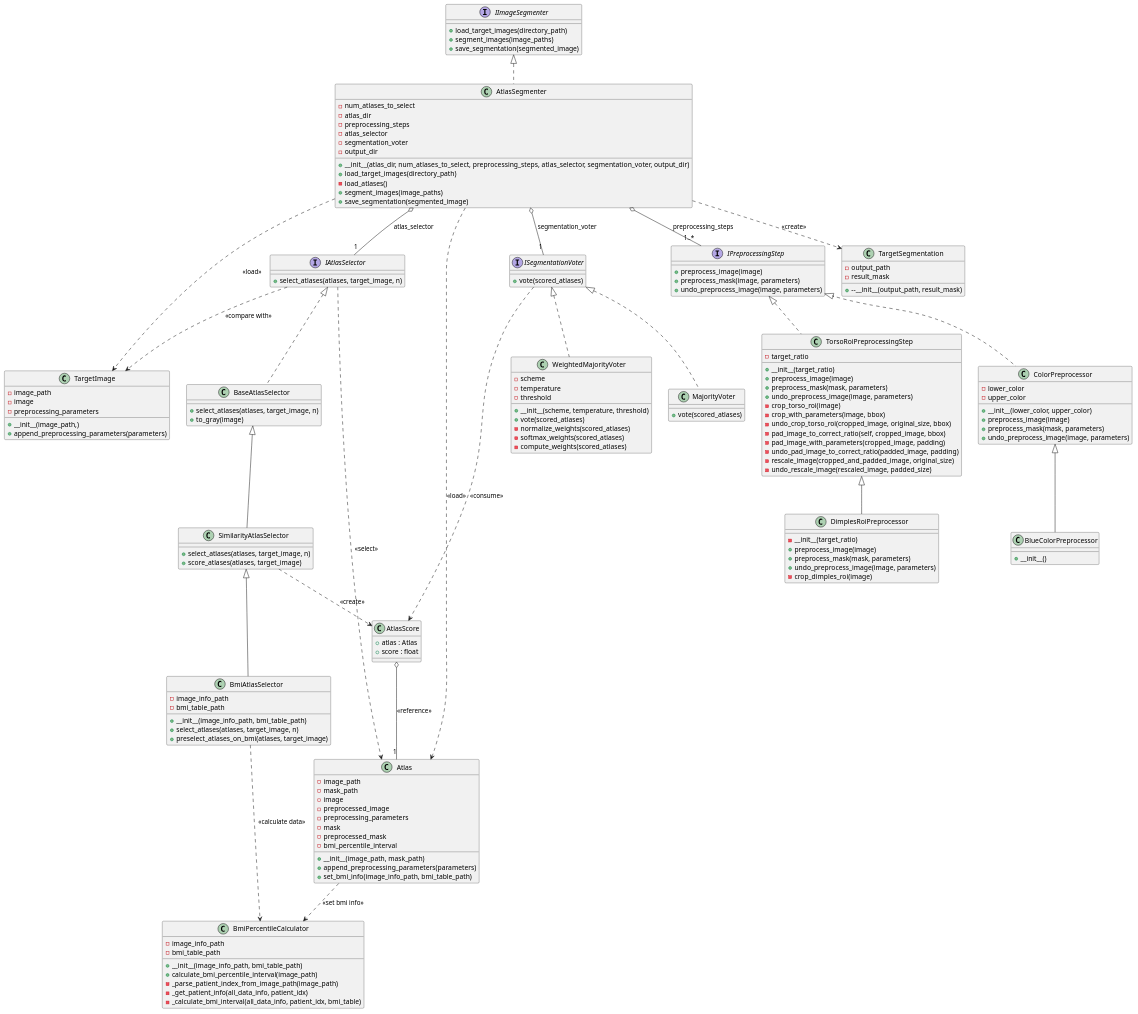
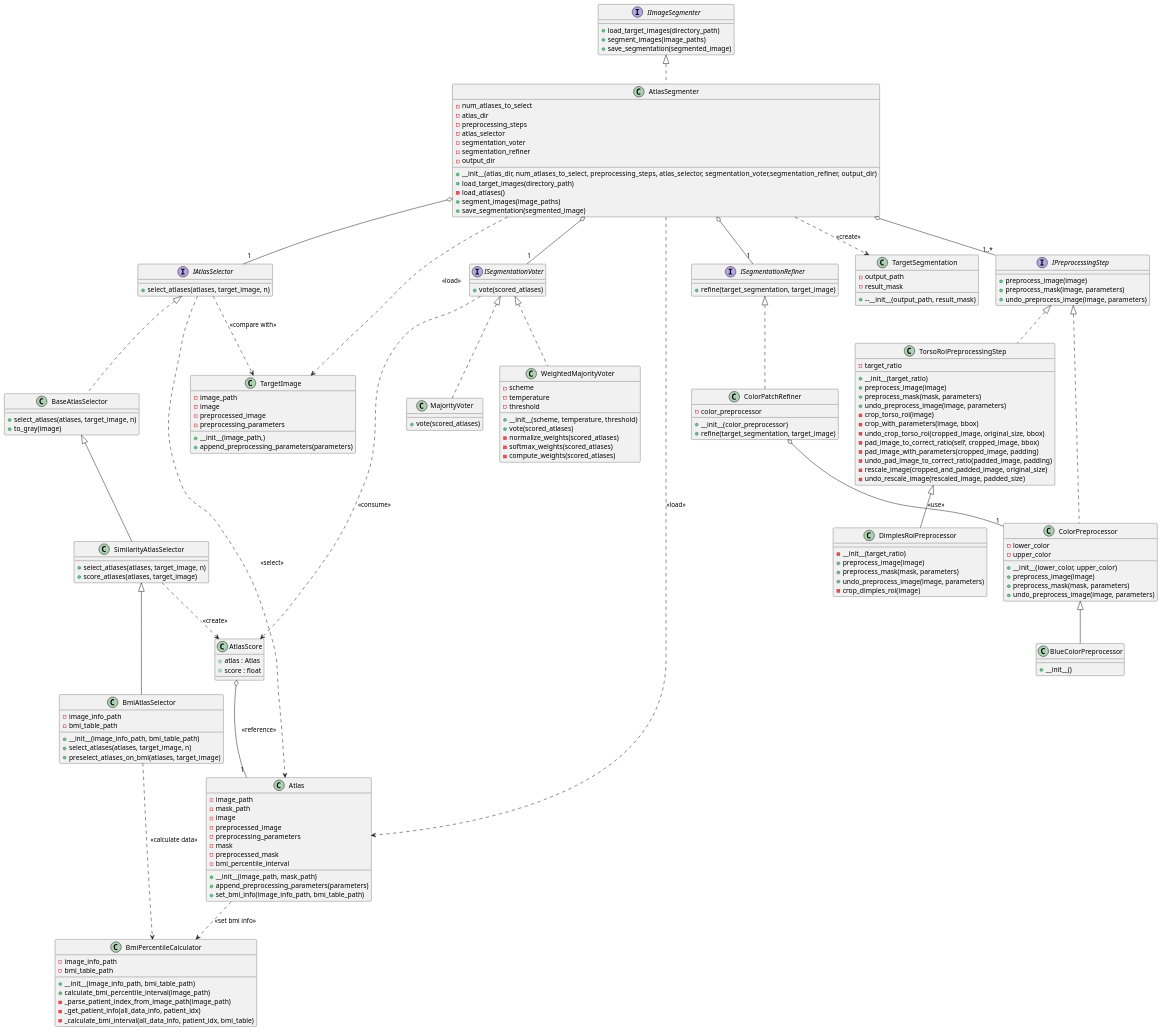
One commit to P4u14/diplomarbeit changed the diagram in class-diagram.puml. Above: the diagram before and after it, drawn with PlantUML. The commit also changed 10 other files, not shown here.

```diff
--- a/class-diagram.puml
+++ b/class-diagram.puml
@@ -110,8 +110,9 @@
     - preprocessing_steps
     - atlas_selector
     - segmentation_voter
+    - segmentation_refiner
     - output_dir
-    + __init__(atlas_dir, num_atlases_to_select, preprocessing_steps, atlas_selector, segmentation_voter, output_dir)
+    + __init__(atlas_dir, num_atlases_to_select, preprocessing_steps, atlas_selector, segmentation_voter,segmentation_refiner, output_dir)
     + load_target_images(directory_path)
     - load_atlases()
     + segment_images(image_paths)
@@ -121,6 +122,7 @@
 class TargetImage {
     - image_path
     - image
+    - preprocessed_image
     - preprocessing_parameters
     + __init__(image_path,)
     + append_preprocessing_parameters(parameters)
@@ -148,11 +150,22 @@
     - _calculate_bmi_interval(all_data_info, patient_idx, bmi_table)
 }
 
+interface ISegmentationRefiner {
+    + refine(target_segmentation, target_image)
+}
+
+class ColorPatchRefiner {
+    - color_preprocessor
+    + __init__(color_preprocessor)
+    + refine(target_segmentation, target_image)
+}
+
 IImageSegmenter <|.. AtlasSegmenter
 
-AtlasSegmenter o-- "1..*" IPreprocessingStep : preprocessing_steps
-AtlasSegmenter o-- "1" IAtlasSelector : atlas_selector
-AtlasSegmenter o-- "1" ISegmentationVoter : segmentation_voter
+AtlasSegmenter o-- "1..*" IPreprocessingStep
+AtlasSegmenter o-- "1" IAtlasSelector
+AtlasSegmenter o-- "1" ISegmentationVoter
+AtlasSegmenter o-- "1" ISegmentationRefiner
 AtlasSegmenter ..> Atlas : <<load>>
 AtlasSegmenter ..> TargetImage : <<load>>
 AtlasSegmenter ..> TargetSegmentation : <<create>>
@@ -177,6 +190,10 @@
 ISegmentationVoter <|.. WeightedMajorityVoter
 ISegmentationVoter ..> AtlasScore : <<consume>>
 
+ISegmentationRefiner <|.. ColorPatchRefiner
+
+ColorPatchRefiner o-- "1" ColorPreprocessor : <<use>>
+
 AtlasScore o-- "1" Atlas : <<reference>>
 
 Atlas ..> BmiPercentileCalculator : <<set bmi info>>
```
